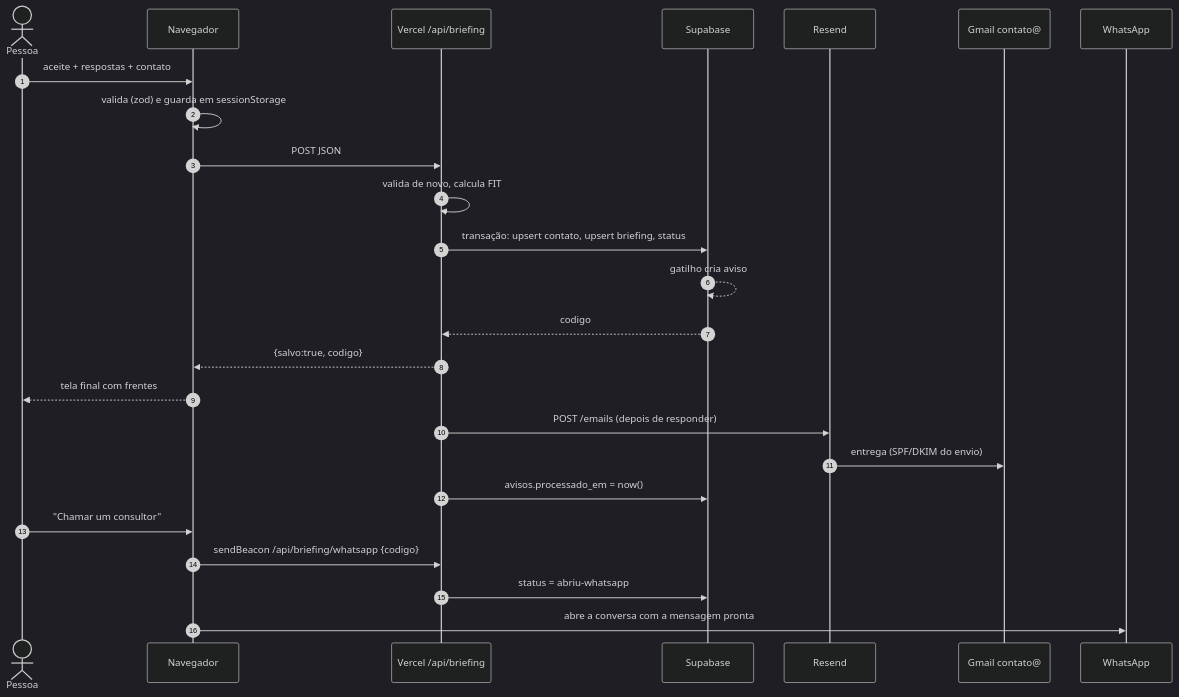
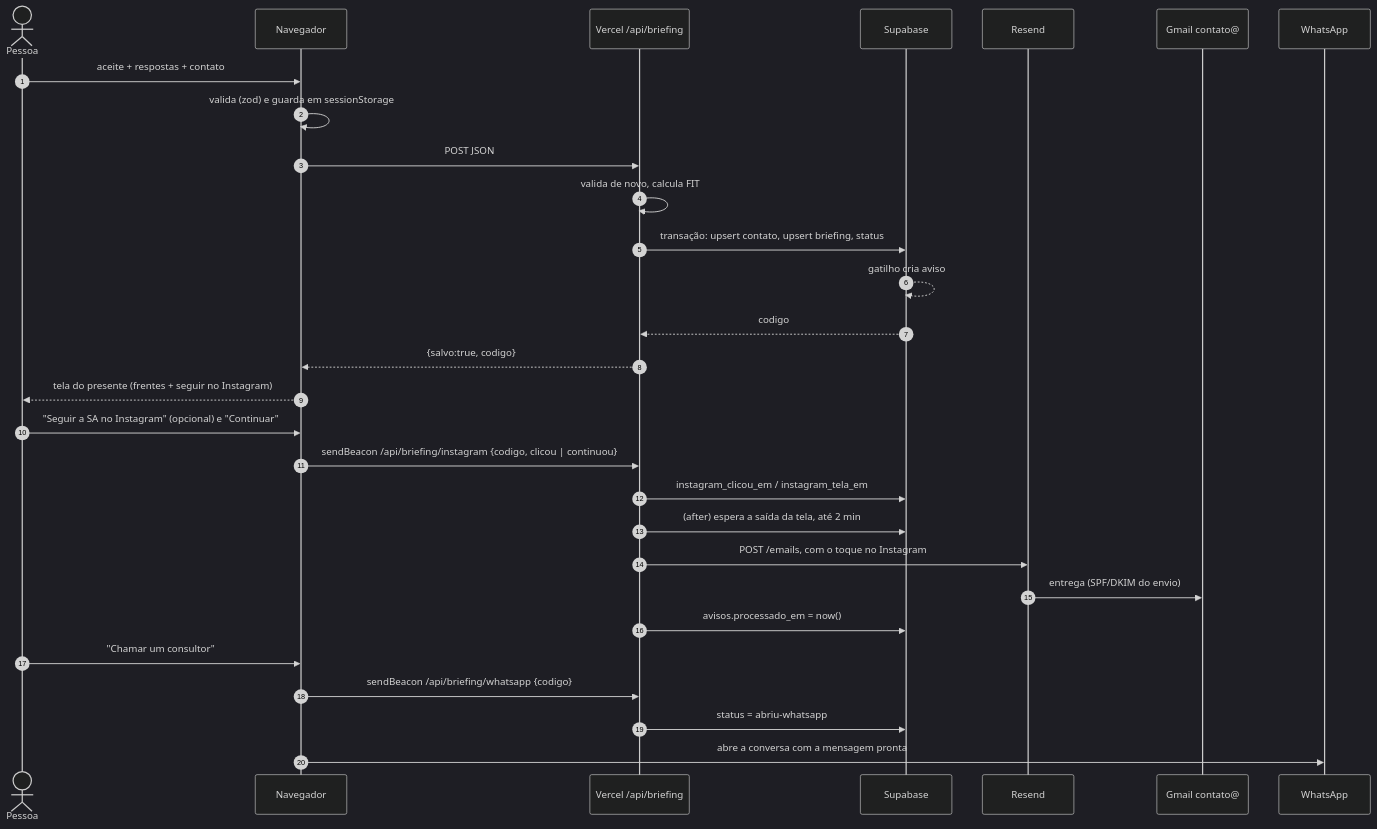
The fourth of 7 diagrams in docs/tecnico/09-modelo-de-dados-e-integracoes.md (theufirminoo/sa-marketing-project-landingpag), drawn with Mermaid (dark theme) before and after one commit. The commit also changed other lines of this file and 16 other files, not shown here.

First line of the commit message:
Briefing: sem a pergunta do impacto; presente com Instagram e agradecimento

````diff
--- a/docs/tecnico/09-modelo-de-dados-e-integracoes.md
+++ b/docs/tecnico/09-modelo-de-dados-e-integracoes.md
@@ -251,27 +254,31 @@
 ```mermaid
 sequenceDiagram
   autonumber
   actor P as Pessoa
   participant N as Navegador
   participant V as Vercel /api/briefing
   participant S as Supabase
   participant R as Resend
   participant G as Gmail contato@
   participant W as WhatsApp
   P->>N: aceite + respostas + contato
   N->>N: valida (zod) e guarda em sessionStorage
   N->>V: POST JSON
   V->>V: valida de novo, calcula FIT
   V->>S: transação: upsert contato, upsert briefing, status
   S-->>S: gatilho cria aviso
   S-->>V: codigo
   V-->>N: {salvo:true, codigo}
-  N-->>P: tela final com frentes
-  V->>R: POST /emails (depois de responder)
+  N-->>P: tela do presente (frentes + seguir no Instagram)
+  P->>N: "Seguir a SA no Instagram" (opcional) e "Continuar"
+  N->>V: sendBeacon /api/briefing/instagram {codigo, clicou | continuou}
+  V->>S: instagram_clicou_em / instagram_tela_em
+  V->>S: (after) espera a saída da tela, até 2 min
+  V->>R: POST /emails, com o toque no Instagram
   R->>G: entrega (SPF/DKIM do envio)
   V->>S: avisos.processado_em = now()
   P->>N: "Chamar um consultor"
   N->>V: sendBeacon /api/briefing/whatsapp {codigo}
   V->>S: status = abriu-whatsapp
   N->>W: abre a conversa com a mensagem pronta
 ```
````
